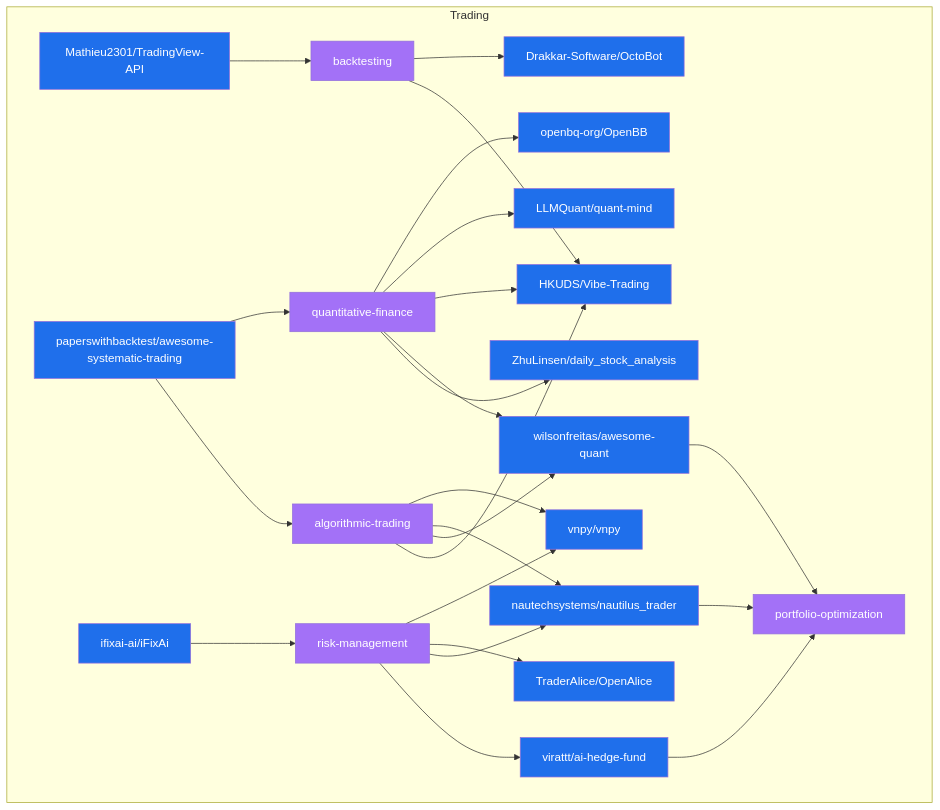
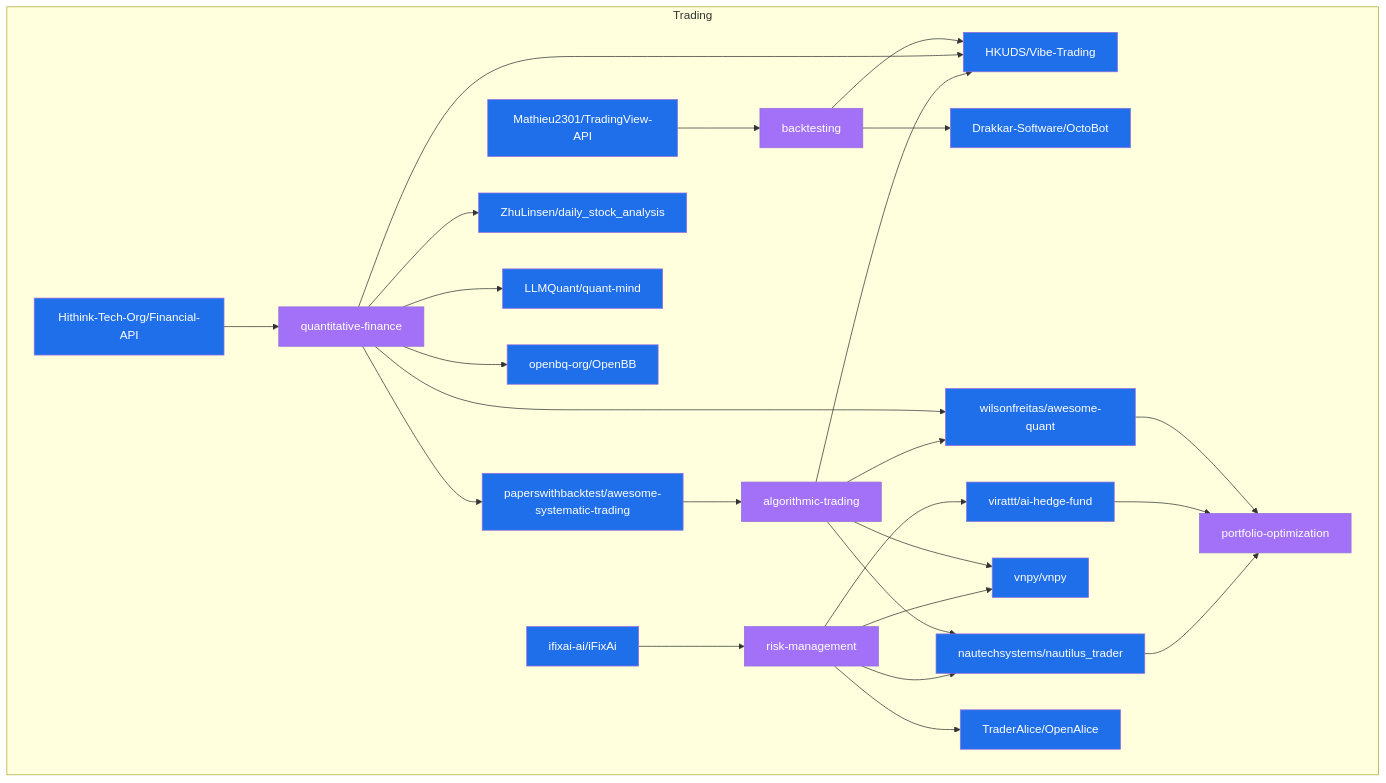
Before and after one commit to Meru143/star-graph: the diagram in data/star_graph_trading.mermaid, drawn with Mermaid. The commit also changed 15 other files, not shown here.

Commit message:
chore: weekly star graph update 2026-11-16

```diff
--- a/data/star_graph_trading.mermaid
+++ b/data/star_graph_trading.mermaid
@@ -1,48 +1,50 @@
 graph TD
   subgraph trading ["Trading"]
-    LLMQuant_quant_mind["LLMQuant/quant-mind"]:::repo
+    backtesting["backtesting"]:::topic
     portfolio_optimization["portfolio-optimization"]:::topic
+    Hithink_Tech_Org_Financial_API["Hithink-Tech-Org/Financial-API"]:::repo
+    nautechsystems_nautilus_trader["nautechsystems/nautilus_trader"]:::repo
+    Drakkar_Software_OctoBot["Drakkar-Software/OctoBot"]:::repo
+    HKUDS_Vibe_Trading["HKUDS/Vibe-Trading"]:::repo
+    ZhuLinsen_daily_stock_analysis["ZhuLinsen/daily_stock_analysis"]:::repo
+    vnpy_vnpy["vnpy/vnpy"]:::repo
+    ifixai_ai_iFixAi["ifixai-ai/iFixAi"]:::repo
     quantitative_finance["quantitative-finance"]:::topic
     risk_management["risk-management"]:::topic
+    openbq_org_OpenBB["openbq-org/OpenBB"]:::repo
+    paperswithbacktest_awesome_systematic_trading["paperswithbacktest/awesome-systematic-trading"]:::repo
+    wilsonfreitas_awesome_quant["wilsonfreitas/awesome-quant"]:::repo
+    LLMQuant_quant_mind["LLMQuant/quant-mind"]:::repo
+    algorithmic_trading["algorithmic-trading"]:::topic
     TraderAlice_OpenAlice["TraderAlice/OpenAlice"]:::repo
-    algorithmic_trading["algorithmic-trading"]:::topic
-    nautechsystems_nautilus_trader["nautechsystems/nautilus_trader"]:::repo
-    Drakkar_Software_OctoBot["Drakkar-Software/OctoBot"]:::repo
-    ZhuLinsen_daily_stock_analysis["ZhuLinsen/daily_stock_analysis"]:::repo
-    vnpy_vnpy["vnpy/vnpy"]:::repo
-    wilsonfreitas_awesome_quant["wilsonfreitas/awesome-quant"]:::repo
+    virattt_ai_hedge_fund["virattt/ai-hedge-fund"]:::repo
     Mathieu2301_TradingView_API["Mathieu2301/TradingView-API"]:::repo
-    virattt_ai_hedge_fund["virattt/ai-hedge-fund"]:::repo
-    backtesting["backtesting"]:::topic
-    paperswithbacktest_awesome_systematic_trading["paperswithbacktest/awesome-systematic-trading"]:::repo
-    HKUDS_Vibe_Trading["HKUDS/Vibe-Trading"]:::repo
-    ifixai_ai_iFixAi["ifixai-ai/iFixAi"]:::repo
-    openbq_org_OpenBB["openbq-org/OpenBB"]:::repo
   end
   Mathieu2301_TradingView_API --> backtesting
   backtesting --> HKUDS_Vibe_Trading
   backtesting --> Drakkar_Software_OctoBot
-  paperswithbacktest_awesome_systematic_trading --> algorithmic_trading
-  paperswithbacktest_awesome_systematic_trading --> quantitative_finance
-  algorithmic_trading --> HKUDS_Vibe_Trading
-  algorithmic_trading --> wilsonfreitas_awesome_quant
-  algorithmic_trading --> nautechsystems_nautilus_trader
-  algorithmic_trading --> vnpy_vnpy
+  Hithink_Tech_Org_Financial_API --> quantitative_finance
+  quantitative_finance --> paperswithbacktest_awesome_systematic_trading
   quantitative_finance --> ZhuLinsen_daily_stock_analysis
   quantitative_finance --> wilsonfreitas_awesome_quant
   quantitative_finance --> HKUDS_Vibe_Trading
   quantitative_finance --> LLMQuant_quant_mind
   quantitative_finance --> openbq_org_OpenBB
+  paperswithbacktest_awesome_systematic_trading --> algorithmic_trading
+  algorithmic_trading --> HKUDS_Vibe_Trading
+  algorithmic_trading --> wilsonfreitas_awesome_quant
+  algorithmic_trading --> nautechsystems_nautilus_trader
+  algorithmic_trading --> vnpy_vnpy
   ifixai_ai_iFixAi --> risk_management
   risk_management --> virattt_ai_hedge_fund
   risk_management --> nautechsystems_nautilus_trader
   risk_management --> TraderAlice_OpenAlice
   risk_management --> vnpy_vnpy
   wilsonfreitas_awesome_quant --> portfolio_optimization
   virattt_ai_hedge_fund --> portfolio_optimization
   nautechsystems_nautilus_trader --> portfolio_optimization
   classDef repo fill:#1f6feb,color:#fff;
   classDef topic fill:#a371f7,color:#fff;
   classDef technology fill:#3fb950,color:#fff;
   classDef use_case fill:#d29922,color:#fff;
   classDef architecture fill:#f85149,color:#fff;
```
